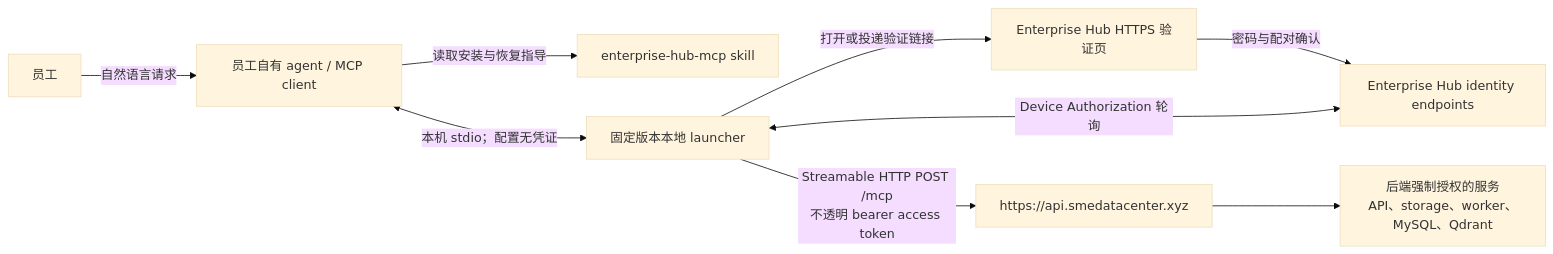
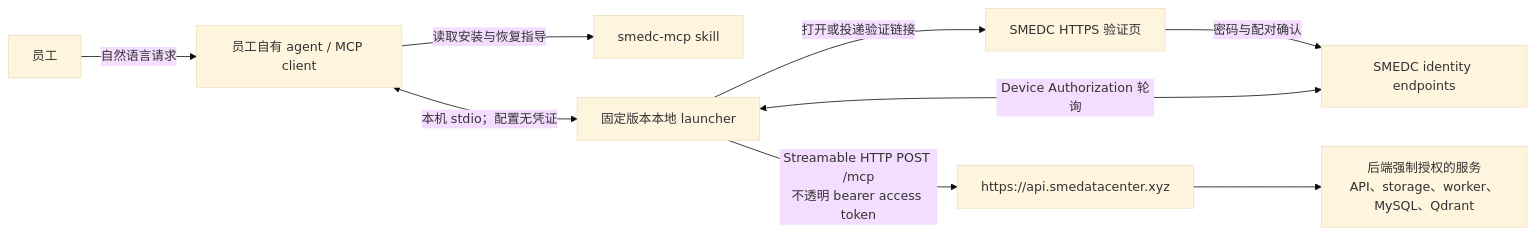
Before and after one commit to YinXiaoyu-1998/SME_DATA_CENTER: the first of 2 diagrams in docs/implementation/mcp-user-flow.zh.md, drawn with Mermaid (base theme). The commit also changed other lines of this file and 150 other files, not shown here.

````diff
--- a/docs/implementation/mcp-user-flow.zh.md
+++ b/docs/implementation/mcp-user-flow.zh.md
@@ -16,11 +16,11 @@
 ```mermaid
 flowchart LR
   Employee["员工"] -->|"自然语言请求"| Agent["员工自有 agent / MCP client"]
-  Agent -->|"读取安装与恢复指导"| Skill["enterprise-hub-mcp skill"]
+  Agent -->|"读取安装与恢复指导"| Skill["smedc-mcp skill"]
   Agent <-->|"本机 stdio；配置无凭证"| Launcher["固定版本本地 launcher"]
-  Launcher -->|"打开或投递验证链接"| Browser["Enterprise Hub HTTPS 验证页"]
-  Browser -->|"密码与配对确认"| Auth["Enterprise Hub identity endpoints"]
+  Launcher -->|"打开或投递验证链接"| Browser["SMEDC HTTPS 验证页"]
+  Browser -->|"密码与配对确认"| Auth["SMEDC identity endpoints"]
   Launcher <-->|"Device Authorization 轮询"| Auth
   Launcher -->|"Streamable HTTP POST /mcp\n不透明 bearer access token"| Api["https://api.smedatacenter.xyz"]
   Api --> Data["后端强制授权的服务\nAPI、storage、worker、MySQL、Qdrant"]
 ```
````
